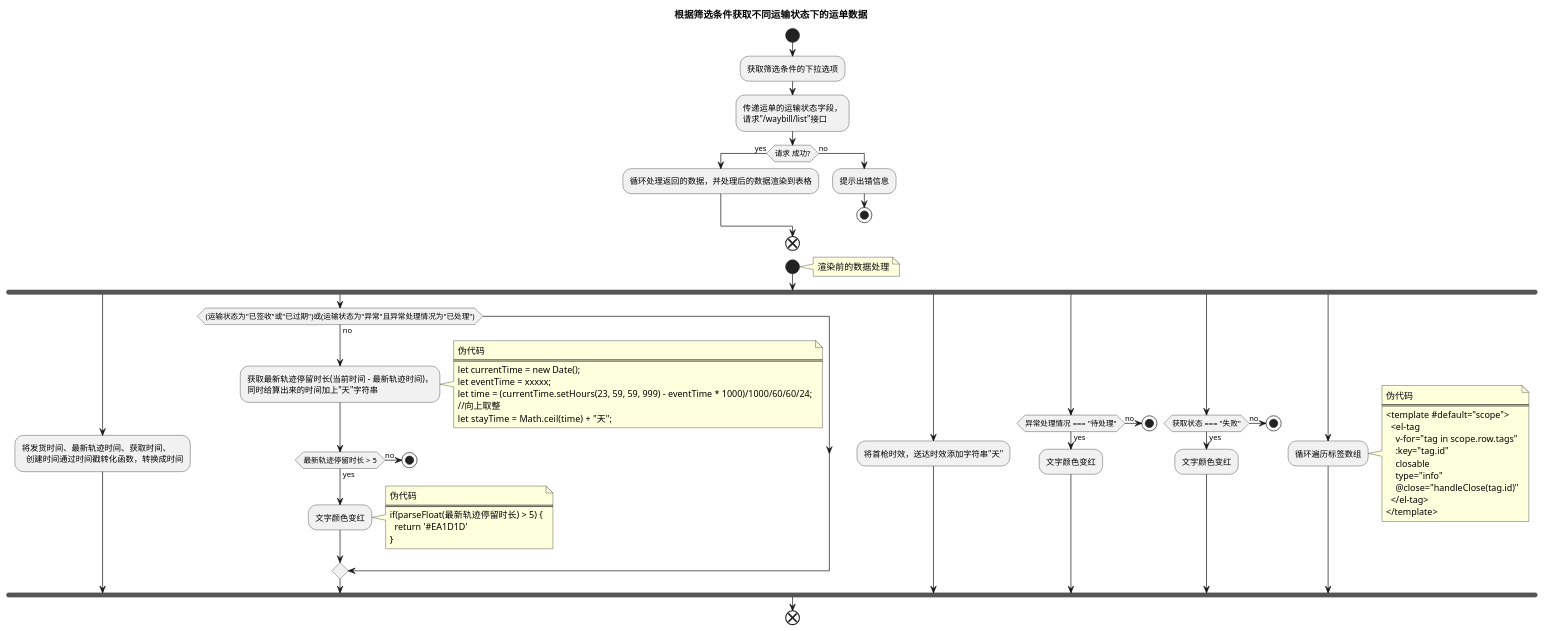
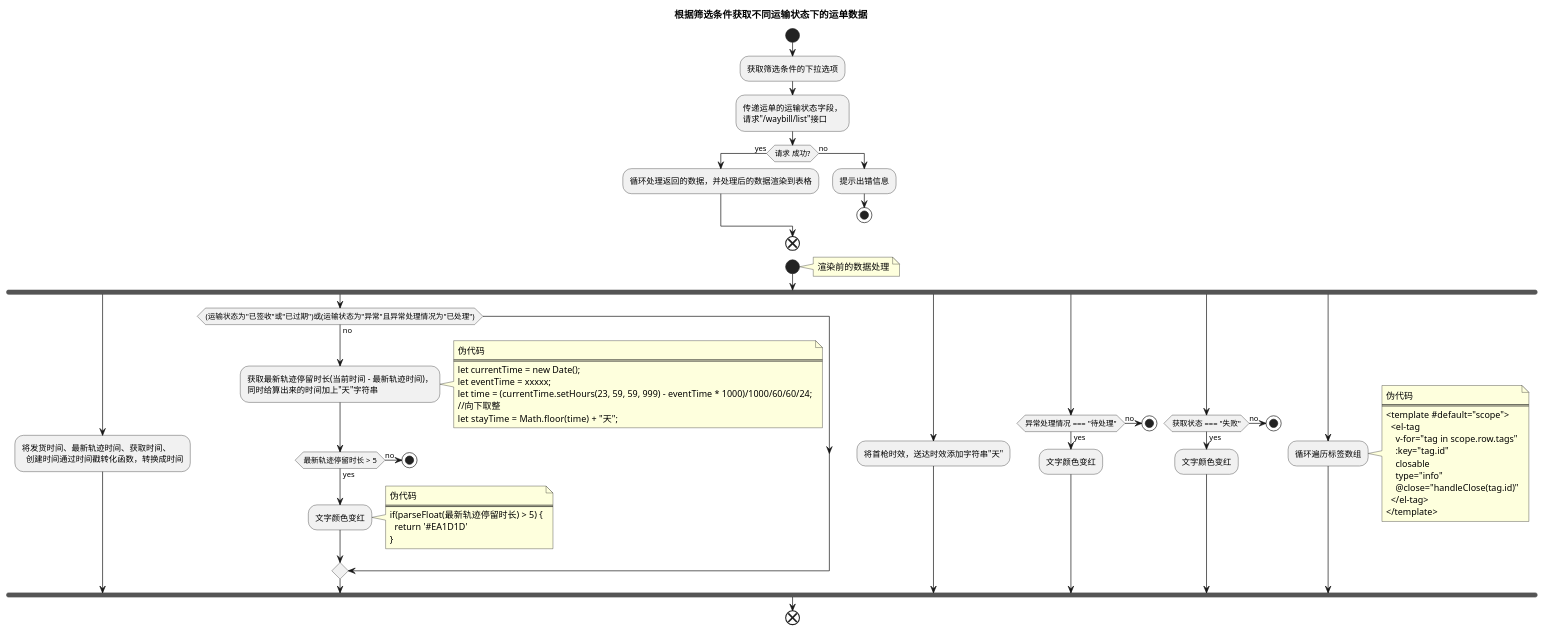
Before and after one commit to futurekidult/lis: the first of 4 diagrams in docs/development-flow-diagram.puml/logistics-list/get-list.puml, drawn with PlantUML. The commit also changed 2 other files, not shown here.

Commit message:
refactor: update stay time

```diff
--- a/docs/development-flow-diagram.puml/logistics-list/get-list.puml
+++ b/docs/development-flow-diagram.puml/logistics-list/get-list.puml
@@ -1,81 +1,81 @@
 @startuml
 title 根据筛选条件获取不同运输状态下的运单数据
 
 start
 :获取筛选条件的下拉选项;
 :传递运单的运输状态字段，
 请求"/waybill/list"接口;
 if(请求 成功?) then (yes)
   :循环处理返回的数据，并处理后的数据渲染到表格;
 else (no)
   :提示出错信息;
   stop
 endif
 end
 
 start
 note right
   渲染前的数据处理
 end note
 fork
   :将发货时间、最新轨迹时间、获取时间、
     创建时间通过时间戳转化函数，转换成时间;
 fork again
   if((运输状态为"已签收"或"已过期")或(运输状态为"异常"且异常处理情况为"已处理")) then (no) 
     :获取最新轨迹停留时长(当前时间 - 最新轨迹时间)，
     同时给算出来的时间加上"天"字符串;
     note right
       伪代码
       ====
       let currentTime = new Date();
       let eventTime = xxxxx;
       let time = (currentTime.setHours(23, 59, 59, 999) - eventTime * 1000)/1000/60/60/24;
-      //向上取整
-      let  stayTime = Math.ceil(time) + "天";
+      //向下取整
+      let  stayTime = Math.floor(time) + "天";
     end note
      if(最新轨迹停留时长 > 5) then (yes)
     :文字颜色变红;
     note right
       伪代码
       ====
       if(parseFloat(最新轨迹停留时长) > 5) {
         return '#EA1D1D'
       }
     end note
   else (no)
     stop
   endif
   endif
 fork again
   :将首枪时效，送达时效添加字符串"天";
 fork again
   if(异常处理情况 === "待处理") then (yes)
     :文字颜色变红;
   else (no)
     stop
   endif
 fork again
   if(获取状态 === "失败") then (yes)
     :文字颜色变红;
   else (no)
     stop
   endif
 fork again
   :循环遍历标签数组;
   note right
     伪代码
     ====
     <template #default="scope">
       <el-tag 
         v-for="tag in scope.row.tags"
         :key="tag.id"
         closable
         type="info"
         @close="handleClose(tag.id)"
       </el-tag>
     </template>
   end note
 end fork
 end
 
 @enduml
```
